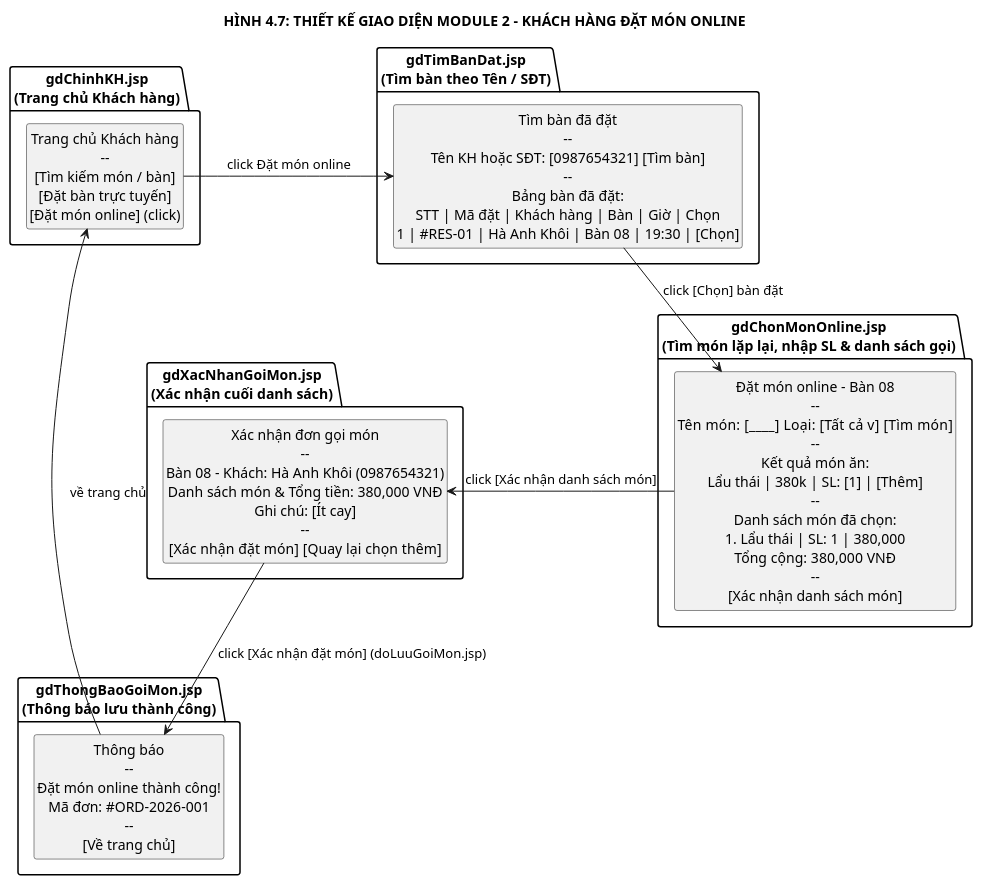
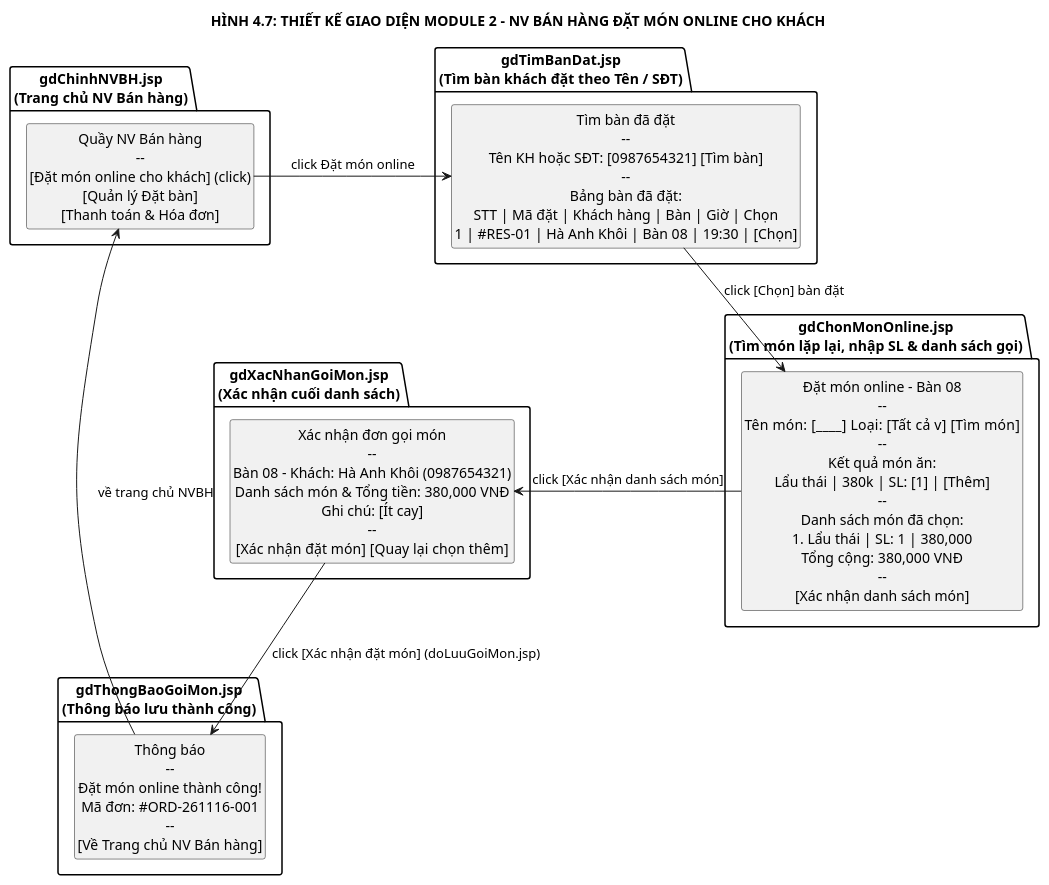
One commit to NEWBIE1005/RMS_RestaurantManagementSystem changed the diagram in docs/plantuml/thiet_ke/Design_04a_Module2_UIFlow.puml. Above: the diagram before and after it, drawn with PlantUML. The commit also changed 30 other files, not shown here.

```diff
--- a/docs/plantuml/thiet_ke/Design_04a_Module2_UIFlow.puml
+++ b/docs/plantuml/thiet_ke/Design_04a_Module2_UIFlow.puml
@@ -1,36 +1,36 @@
 @startuml Design_04a_Module2_UIFlow
 skinparam monochrome true
 skinparam shadowing false
 skinparam defaultTextAlignment center
 hide circle
 hide empty members
 
-title HÌNH 4.7: THIẾT KẾ GIAO DIỆN MODULE 2 - KHÁCH HÀNG ĐẶT MÓN ONLINE
+title HÌNH 4.7: THIẾT KẾ GIAO DIỆN MODULE 2 - NV BÁN HÀNG ĐẶT MÓN ONLINE CHO KHÁCH
 
-package "gdChinhKH.jsp\n(Trang chủ Khách hàng)" as P0 {
-  class "Trang chủ Khách hàng\n--\n[Tìm kiếm món / bàn]\n[Đặt bàn trực tuyến]\n[Đặt món online] (click)" as UI0
+package "gdChinhNVBH.jsp\n(Trang chủ NV Bán hàng)" as P0 {
+  class "Quầy NV Bán hàng\n--\n[Đặt món online cho khách] (click)\n[Quản lý Đặt bàn]\n[Thanh toán & Hóa đơn]" as UI0
 }
 
-package "gdTimBanDat.jsp\n(Tìm bàn theo Tên / SĐT)" as P1 {
+package "gdTimBanDat.jsp\n(Tìm bàn khách đặt theo Tên / SĐT)" as P1 {
   class "Tìm bàn đã đặt\n--\nTên KH hoặc SĐT: [0987654321] [Tìm bàn]\n--\nBảng bàn đã đặt:\nSTT | Mã đặt | Khách hàng | Bàn | Giờ | Chọn\n1 | #RES-01 | Hà Anh Khôi | Bàn 08 | 19:30 | [Chọn]" as UI1
 }
 
 package "gdChonMonOnline.jsp\n(Tìm món lặp lại, nhập SL & danh sách gọi)" as P2 {
   class "Đặt món online - Bàn 08\n--\nTên món: [____]  Loại: [Tất cả v]  [Tìm món]\n--\nKết quả món ăn:\nLẩu thái | 380k | SL: [1] | [Thêm]\n--\nDanh sách món đã chọn:\n1. Lẩu thái | SL: 1 | 380,000\nTổng cộng: 380,000 VNĐ\n--\n[Xác nhận danh sách món]" as UI2
 }
 
 package "gdXacNhanGoiMon.jsp\n(Xác nhận cuối danh sách)" as P3 {
   class "Xác nhận đơn gọi món\n--\nBàn 08 - Khách: Hà Anh Khôi (0987654321)\nDanh sách món & Tổng tiền: 380,000 VNĐ\nGhi chú: [Ít cay]\n--\n[Xác nhận đặt món]  [Quay lại chọn thêm]" as UI3
 }
 
 package "gdThongBaoGoiMon.jsp\n(Thông báo lưu thành công)" as P4 {
-  class "Thông báo\n--\nĐặt món online thành công!\nMã đơn: #ORD-2026-001\n--\n[Về trang chủ]" as UI4
+  class "Thông báo\n--\nĐặt món online thành công!\nMã đơn: #ORD-261116-001\n--\n[Về Trang chủ NV Bán hàng]" as UI4
 }
 
 UI0 -right-> UI1 : click Đặt món online
 UI1 -down-> UI2 : click [Chọn] bàn đặt
 UI2 -right-> UI3 : click [Xác nhận danh sách món]
 UI3 -down-> UI4 : click [Xác nhận đặt món] (doLuuGoiMon.jsp)
-UI4 -up-> UI0 : về trang chủ
+UI4 -up-> UI0 : về trang chủ NVBH
 
 @enduml
```
